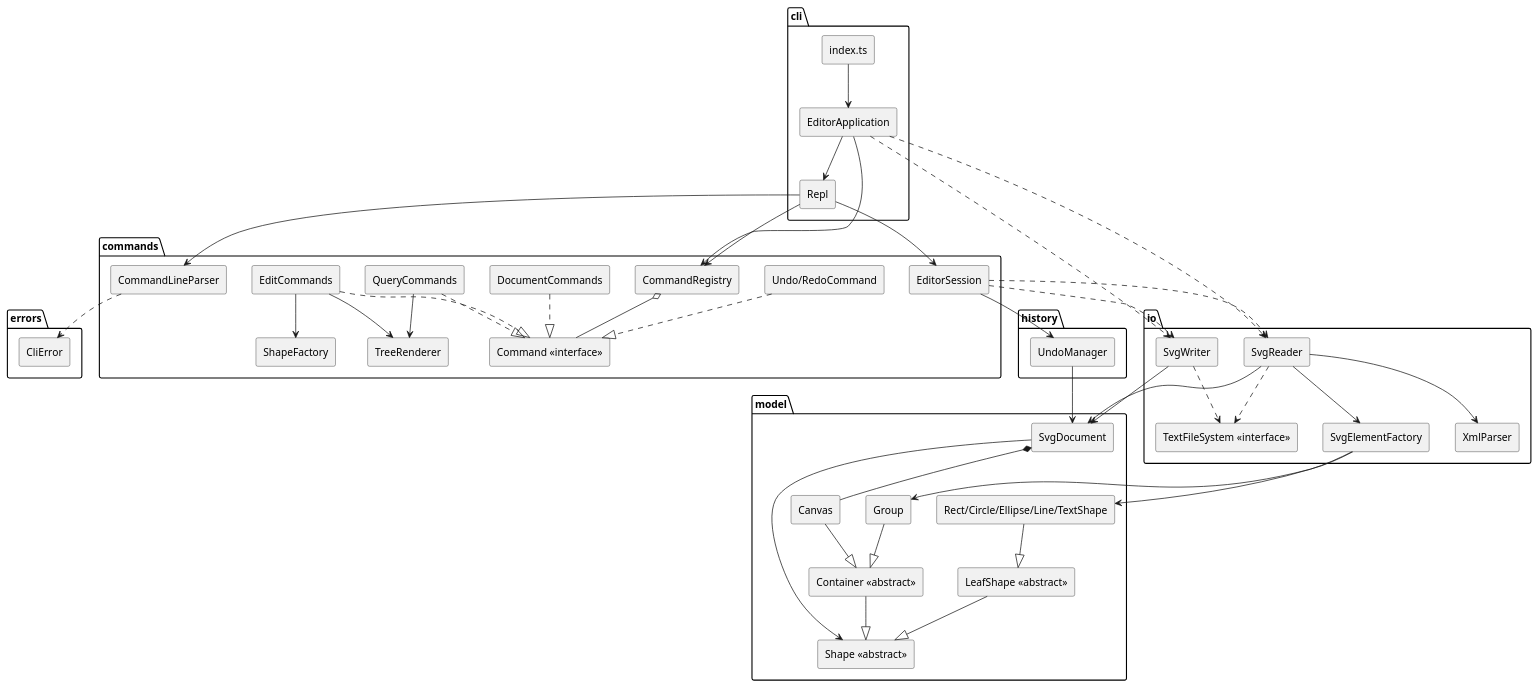
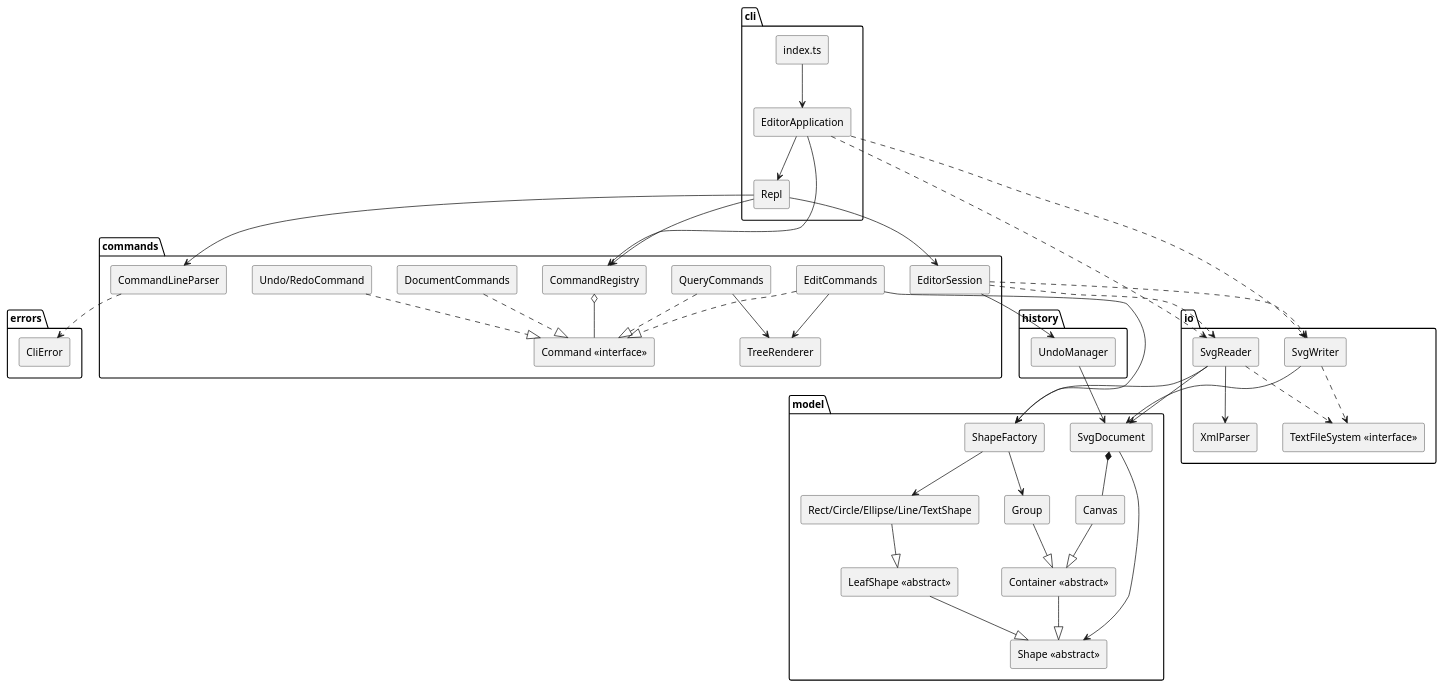
One commit to STAMONI/svg-editor-phase1 changed the first of 2 diagrams in doc/README.md. Above: the diagram before and after it, drawn with PlantUML. The commit also changed other lines of this file and 1 other file, not shown here.

````diff
--- a/doc/README.md
+++ b/doc/README.md
@@ -41,82 +41,81 @@
 ```plantuml
 @startuml
 skinparam componentStyle rectangle
 
 package "cli" {
   [index.ts] as Entry
   [EditorApplication] as App
   [Repl] as Repl
 }
 package "commands" {
   [CommandLineParser] as Parser
   [CommandRegistry] as Registry
   [EditorSession] as Session
   [Command <<interface>>] as Cmd
   [DocumentCommands] as DocCmd
   [EditCommands] as EditCmd
   [QueryCommands] as QueryCmd
   [Undo/RedoCommand] as HistCmd
-  [ShapeFactory] as Factory
   [TreeRenderer] as Tree
 }
 package "history" {
   [UndoManager] as Undo
 }
 package "io" {
   [SvgReader] as Reader
   [SvgWriter] as Writer
   [XmlParser] as Xml
-  [SvgElementFactory] as ElFactory
   [TextFileSystem <<interface>>] as FS
 }
 package "model" {
   [SvgDocument] as Doc
   [Canvas] as Canvas
   [Shape <<abstract>>] as Shape
   [LeafShape <<abstract>>] as Leaf
   [Rect/Circle/Ellipse/Line/TextShape] as Leaves
   [Container <<abstract>>] as Container
   [Group] as Group
+  [ShapeFactory] as Factory
 }
 package "errors" {
   [CliError] as Err
 }
 
 Entry --> App
 App --> Repl
 App --> Registry
 App ..> Reader
 App ..> Writer
 Repl --> Parser
 Repl --> Registry
 Repl --> Session
 Registry o-- Cmd
 DocCmd ..|> Cmd
 EditCmd ..|> Cmd
 QueryCmd ..|> Cmd
 HistCmd ..|> Cmd
 EditCmd --> Factory
 EditCmd --> Tree
 QueryCmd --> Tree
 Session --> Undo
 Session ..> Reader
 Session ..> Writer
 Undo --> Doc
 Reader --> Doc
 Writer --> Doc
 Reader --> Xml
-Reader --> ElFactory
-ElFactory --> Leaves
-ElFactory --> Group
+Reader --> Factory
+Factory --> Leaves
+Factory --> Group
 Reader ..> FS
 Writer ..> FS
 Doc *-- Canvas
 Canvas --|> Container
 Container --|> Shape
 Leaf --|> Shape
 Leaves --|> Leaf
 Group --|> Container
 Doc --> Shape
 Parser ..> Err
 @enduml
 ```
````
